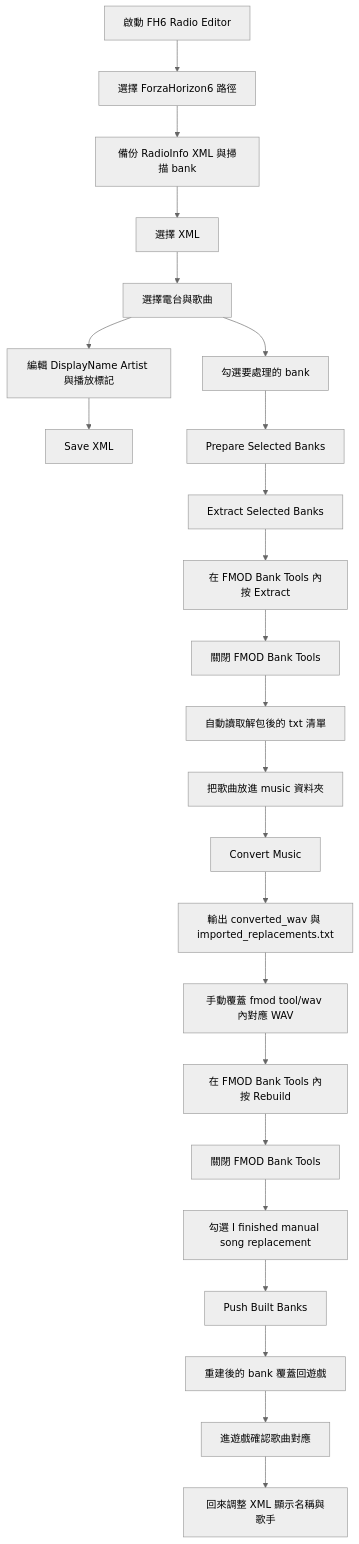
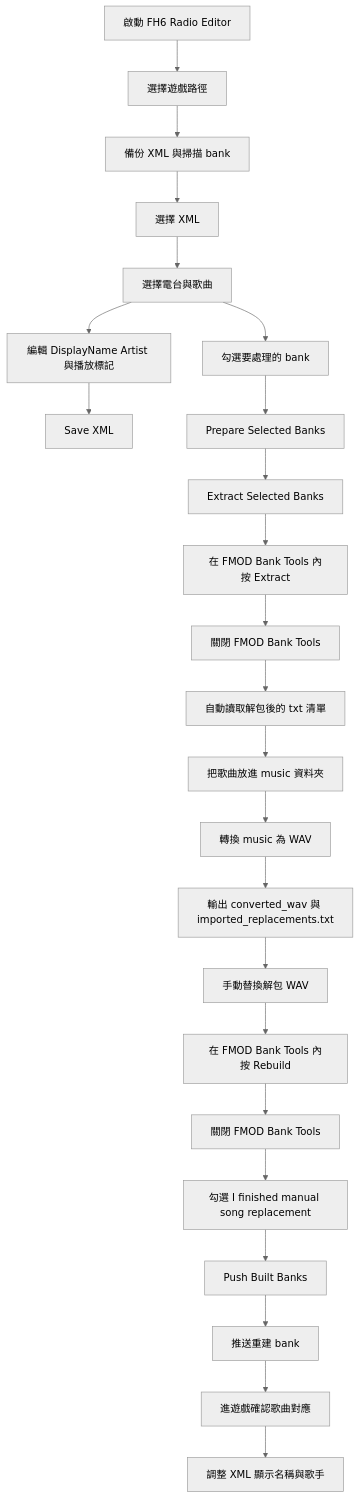
Before and after one commit to howard1688/FH6_RadioEditor: the diagram in README.md, drawn with Mermaid (neutral theme).

Commit message:
Update README with improved flowchart labels

````diff
--- a/README.md
+++ b/README.md
@@ -40,30 +40,30 @@
 ```mermaid
 flowchart TD
-    A[啟動 FH6 Radio Editor] --> B[選擇 ForzaHorizon6 路徑]
-    B --> C[備份 RadioInfo XML 與掃描 bank]
+    A[啟動 FH6 Radio Editor] --> B[選擇遊戲路徑]
+    B --> C[備份 XML 與掃描 bank]
     C --> D[選擇 XML]
     D --> E[選擇電台與歌曲]
 
     E --> F[編輯 DisplayName Artist 與播放標記]
     F --> G[Save XML]
 
     E --> H[勾選要處理的 bank]
     H --> I[Prepare Selected Banks]
     I --> J[Extract Selected Banks]
     J --> K[在 FMOD Bank Tools 內按 Extract]
     K --> L[關閉 FMOD Bank Tools]
     L --> M[自動讀取解包後的 txt 清單]
 
     M --> N[把歌曲放進 music 資料夾]
-    N --> O[Convert Music]
+    N --> O[轉換 music 為 WAV]
     O --> P[輸出 converted_wav 與 imported_replacements.txt]
-    P --> Q[手動覆蓋 fmod tool/wav 內對應 WAV]
+    P --> Q[手動替換解包 WAV]
     Q --> R[在 FMOD Bank Tools 內按 Rebuild]
     R --> S[關閉 FMOD Bank Tools]
     S --> T[勾選 I finished manual song replacement]
     T --> U[Push Built Banks]
-    U --> V[重建後的 bank 覆蓋回遊戲]
+    U --> V[推送重建 bank]
 
     V --> W[進遊戲確認歌曲對應]
-    W --> X[回來調整 XML 顯示名稱與歌手]
+    W --> X[調整 XML 顯示名稱與歌手]
 ```
````
